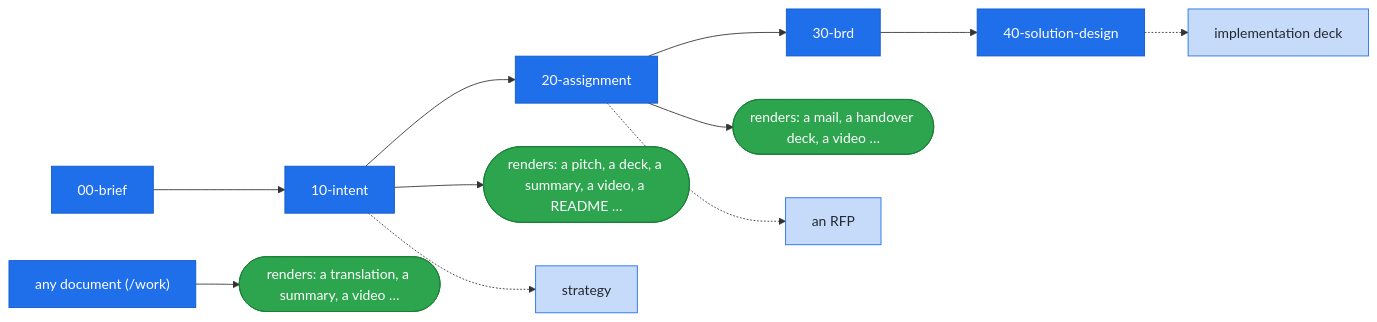
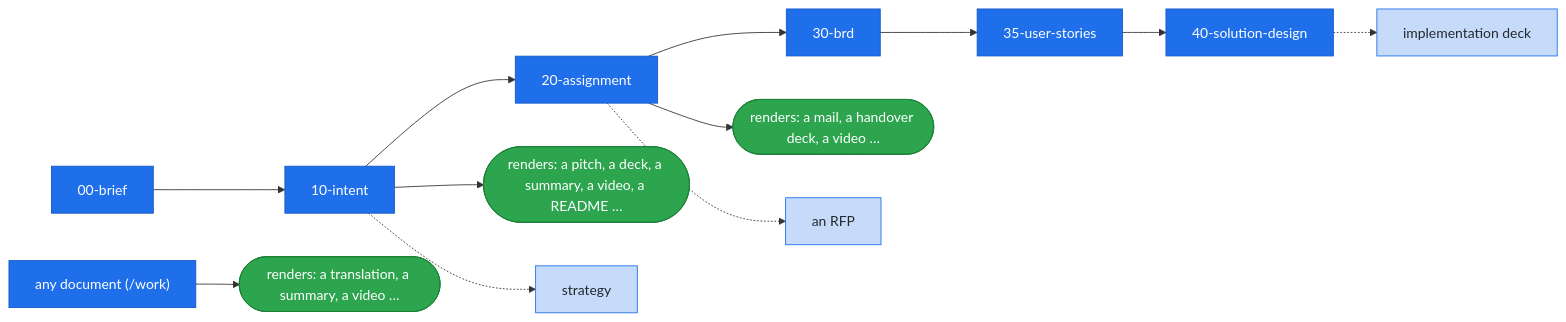
Before and after one commit to pche-broken-artist/forge-of-thought: the diagram in projects/forge/recipes/readme.md, drawn with Mermaid. The commit also changed other lines of this file and 4 other files, not shown here.

Commit message:
forge: the engine check after the merge with upstream settled - POS.1310 points to the listing of states/ and names the user stories, POS.1400 takes them among the design's inputs, the readme recipe's chain diagram carries 35-user-stories (FND.3860 to FND.3880); intent 6.16, readme recipe 0.78

````diff
--- a/projects/forge/recipes/readme.md
+++ b/projects/forge/recipes/readme.md
@@ -210,17 +210,17 @@
   ```mermaid
   flowchart LR
-      B["00-brief"] --> I["10-intent"] --> A["20-assignment"] --> BRD["30-brd"] --> SD["40-solution-design"]
+      B["00-brief"] --> I["10-intent"] --> A["20-assignment"] --> BRD["30-brd"] --> US["35-user-stories"] --> SD["40-solution-design"]
       WP["any document (/work)"] --> RT(["renders: a translation, a summary, a video …"])
       I --> RI(["renders: a pitch, a deck, a summary, a video, a README …"])
       A --> RA(["renders: a mail, a handover deck, a video …"])
       A -.-> RFP["an RFP"]
       I -.-> ST["strategy"]
       SD -.-> IMP["implementation deck"]
 
       classDef built fill:#1f6feb,stroke:#1158c7,color:#ffffff
       classDef future fill:#c6dbfa,stroke:#1f6feb,color:#24292f
       classDef render fill:#2da44e,stroke:#1a7f37,color:#ffffff
-      class B,I,A,BRD,SD,WP built
+      class B,I,A,BRD,US,SD,WP built
       class RFP,ST,IMP future
       class RI,RA,RT render
   ```
````
